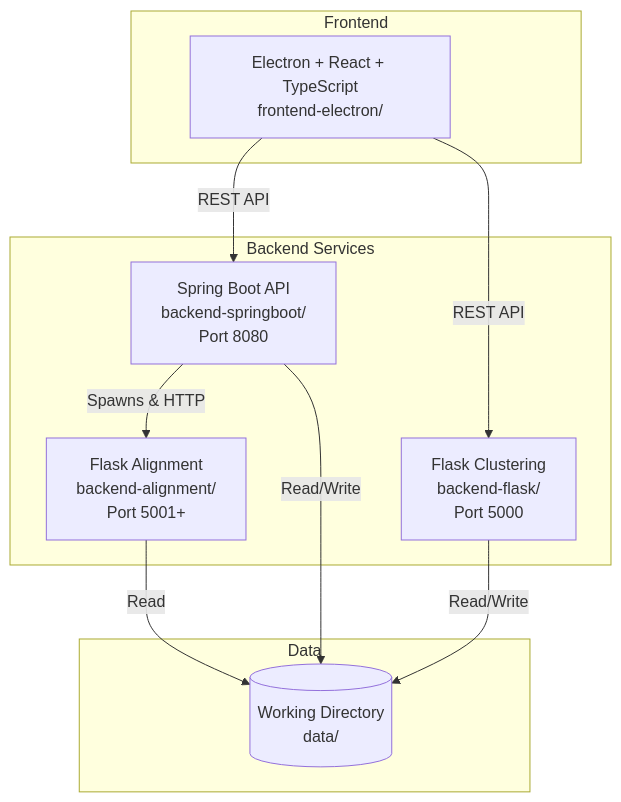
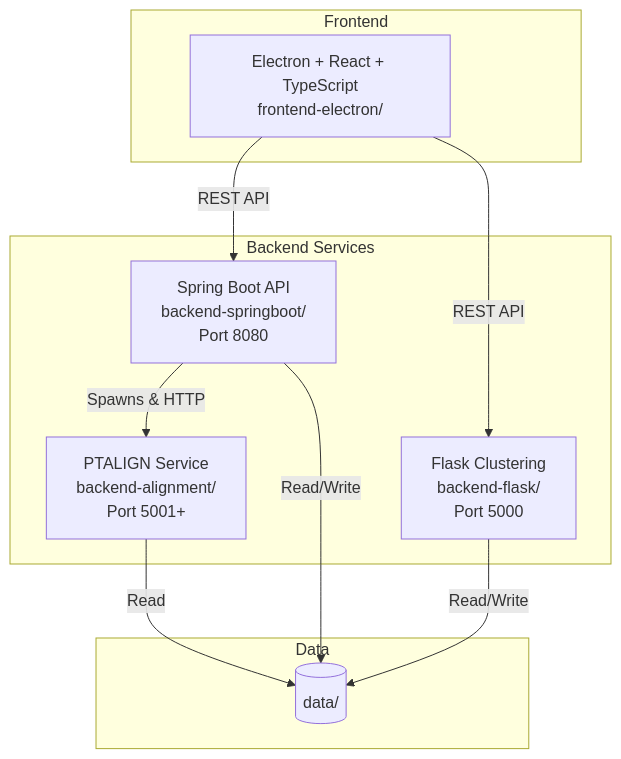
Before and after one commit to christ0ph-w/ccBenchmarkTool: the first of 4 diagrams in docs/architecture.md, drawn with Mermaid. The commit also changed other lines of this file and 12 other files, not shown here.

````diff
--- a/docs/architecture.md
+++ b/docs/architecture.md
@@ -9,23 +9,23 @@
 ```mermaid
-graph TB
-    subgraph "Frontend"
+flowchart TB
+    subgraph Frontend
         E[Electron + React + TypeScript<br/>frontend-electron/]
     end
     
-    subgraph "Backend Services"
+    subgraph Backend Services
         S[Spring Boot API<br/>backend-springboot/<br/>Port 8080]
         F[Flask Clustering<br/>backend-flask/<br/>Port 5000]
-        A[Flask Alignment<br/>backend-alignment/<br/>Port 5001+]
+        A[PTALIGN Service<br/>backend-alignment/<br/>Port 5001+]
     end
     
-    subgraph "Data"
-        D[(Working Directory<br/>data/)]
+    subgraph Data
+        D[(data/)]
     end
     
     E -->|REST API| S
     E -->|REST API| F
     S -->|Spawns & HTTP| A
     S -->|Read/Write| D
     F -->|Read/Write| D
     A -->|Read| D
 ```
````
